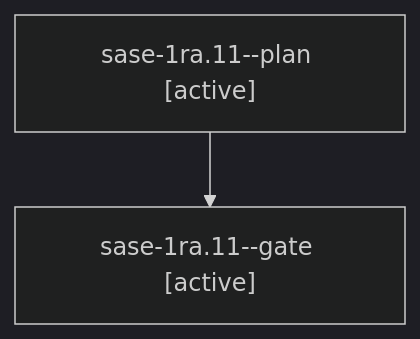
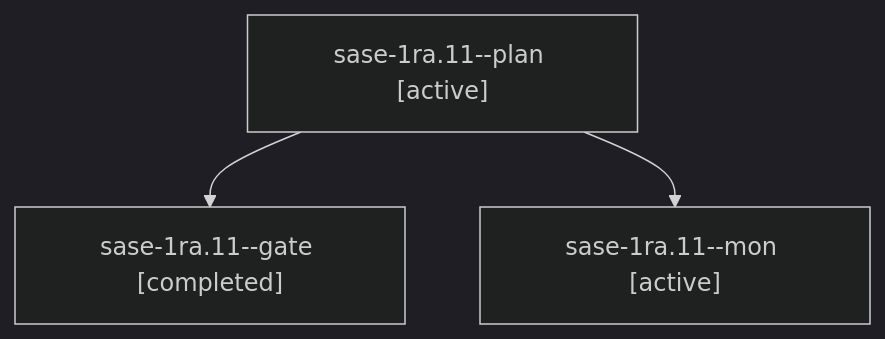
One commit to sase-org/sase--agents changed the diagram in sessions/bbugyi200.athena.sase-1ra.11.md. Above: the diagram before and after it, drawn with Mermaid (dark theme). The commit also changed other lines of this file and 36 other files, not shown here.

````diff
--- a/sessions/bbugyi200.athena.sase-1ra.11.md
+++ b/sessions/bbugyi200.athena.sase-1ra.11.md
@@ -9,6 +9,8 @@
 ```mermaid
 flowchart TD
   n0["sase-1ra.11--plan [active]"]
-  n1["sase-1ra.11--gate [active]"]
+  n1["sase-1ra.11--gate [completed]"]
   n0 --> n1
+  n2["sase-1ra.11--mon [active]"]
+  n0 --> n2
 ```
````
